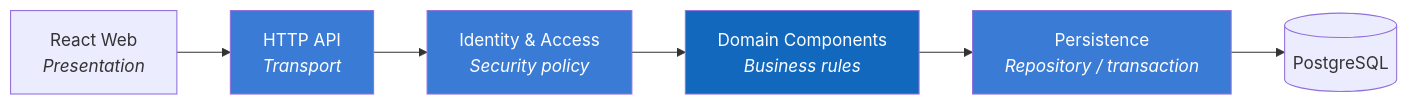
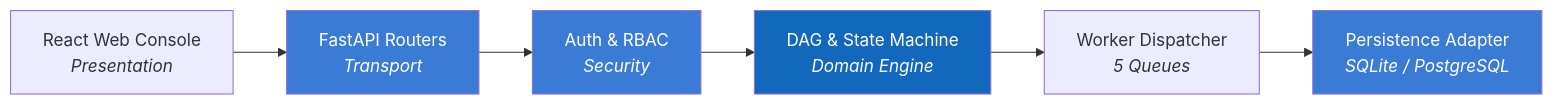
The diagram in docs/architecture/arc42/04-solution-strategy.md (AnCoder1310/FlowForge), drawn with Mermaid before and after one commit. The commit also changed other lines of this file and 25 other files, not shown here.

Commit message:
feat: complete FlowForge DWOP OpenAPI 3.1, Arc42 architecture, and Developer Console branding

````diff
--- a/docs/architecture/arc42/04-solution-strategy.md
+++ b/docs/architecture/arc42/04-solution-strategy.md
@@ -21,14 +20,15 @@
 ```mermaid
 flowchart LR
-    ui["React Web<br/><i>Presentation</i>"]
-    api["HTTP API<br/><i>Transport</i>"]
-    access["Identity & Access<br/><i>Security policy</i>"]
-    domain["Domain Components<br/><i>Business rules</i>"]
-    persistence["Persistence<br/><i>Repository / transaction</i>"]
-    db[("PostgreSQL")]
-    ui --> api --> access --> domain --> persistence --> db
-    style domain fill:#1168bd,color:#fff
+    ui["React Web Console<br/><i>Presentation</i>"]
+    api["FastAPI Routers<br/><i>Transport</i>"]
+    sec["Auth & RBAC<br/><i>Security</i>"]
+    engine["DAG & State Machine<br/><i>Domain Engine</i>"]
+    workers["Worker Dispatcher<br/><i>5 Queues</i>"]
+    store["Persistence Adapter<br/><i>SQLite / PostgreSQL</i>"]
+
+    ui --> api --> sec --> engine --> workers --> store
+    style engine fill:#1168bd,color:#fff
     style api fill:#3a7bd5,color:#fff
-    style access fill:#3a7bd5,color:#fff
-    style persistence fill:#3a7bd5,color:#fff
+    style sec fill:#3a7bd5,color:#fff
+    style store fill:#3a7bd5,color:#fff
 ```
````
